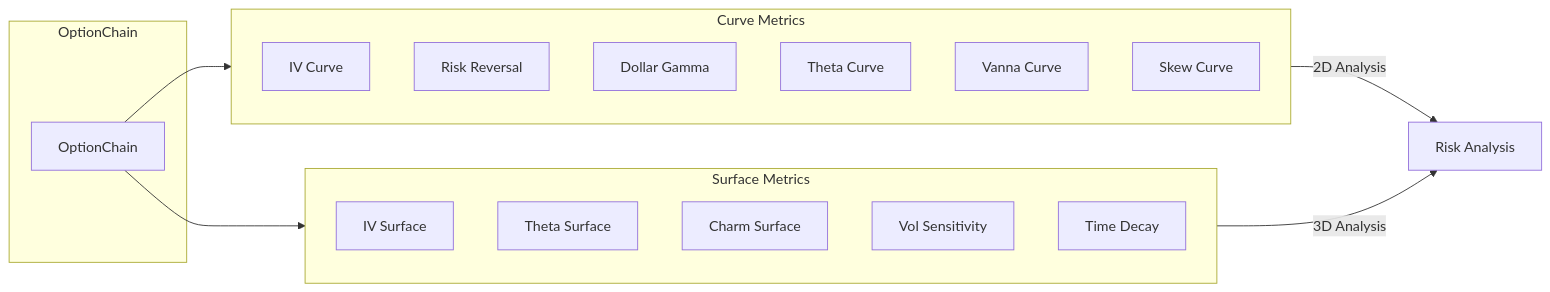
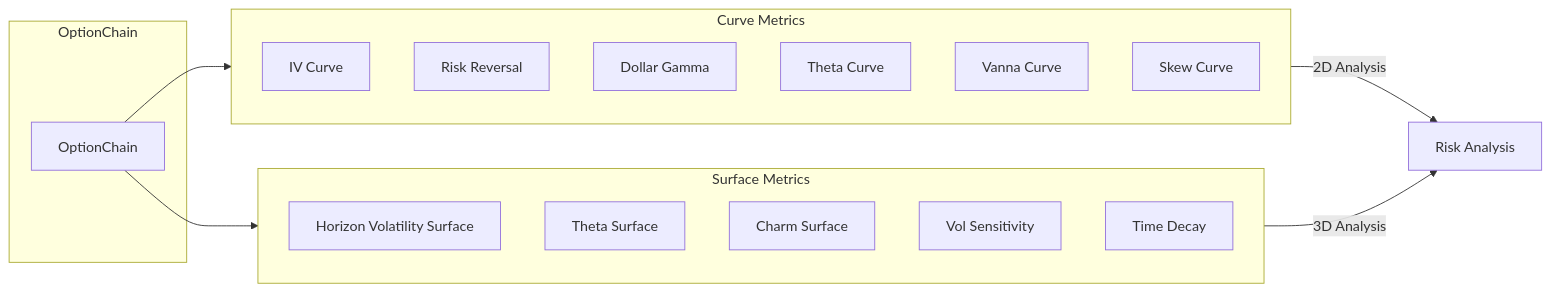
One commit to joaquinbejar/OptionStratLib changed the sixth of 7 diagrams in README.md. Above: the diagram before and after it, drawn with Mermaid. The commit also changed other lines of this file and 28 other files, not shown here.

First line of the commit message:
Name the horizon volatility projection for what it computes (#948) (#951)

````diff
--- a/README.md
+++ b/README.md
@@ -823,28 +823,28 @@
 ```mermaid
 flowchart LR
     subgraph OptionChain
         OC[OptionChain]
     end
 
     subgraph Curves["Curve Metrics"]
         IV_C[IV Curve]
         RR_C[Risk Reversal]
         DG_C[Dollar Gamma]
         TH_C[Theta Curve]
         VA_C[Vanna Curve]
         SK_C[Skew Curve]
     end
 
     subgraph Surfaces["Surface Metrics"]
-        IV_S[IV Surface]
+        IV_S[Horizon Volatility Surface]
         TH_S[Theta Surface]
         CH_S[Charm Surface]
         VS_S[Vol Sensitivity]
         TD_S[Time Decay]
     end
 
     OC --> Curves
     OC --> Surfaces
     Curves --> |"2D Analysis"| Analysis[Risk Analysis]
     Surfaces --> |"3D Analysis"| Analysis
 ```
````
